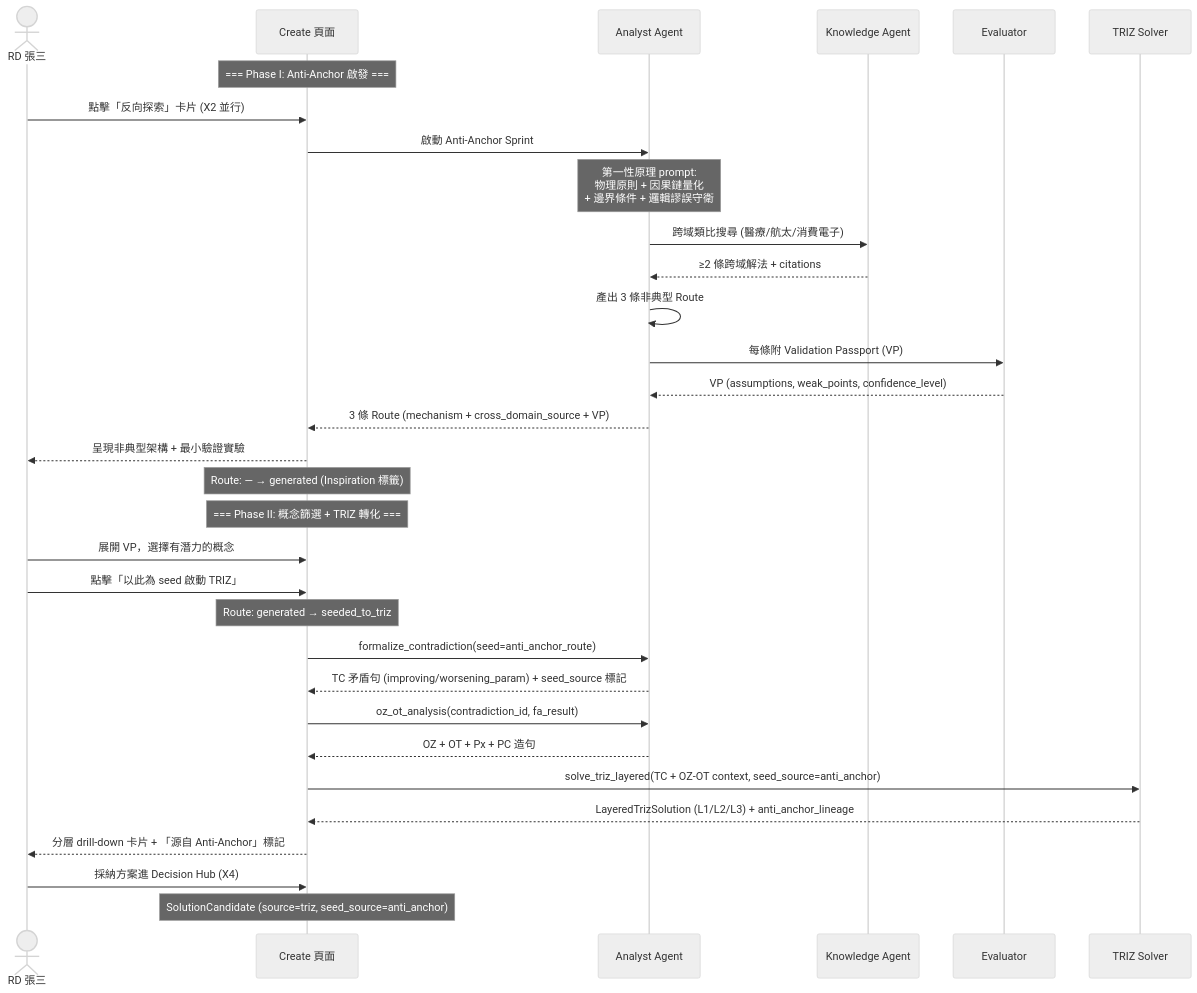
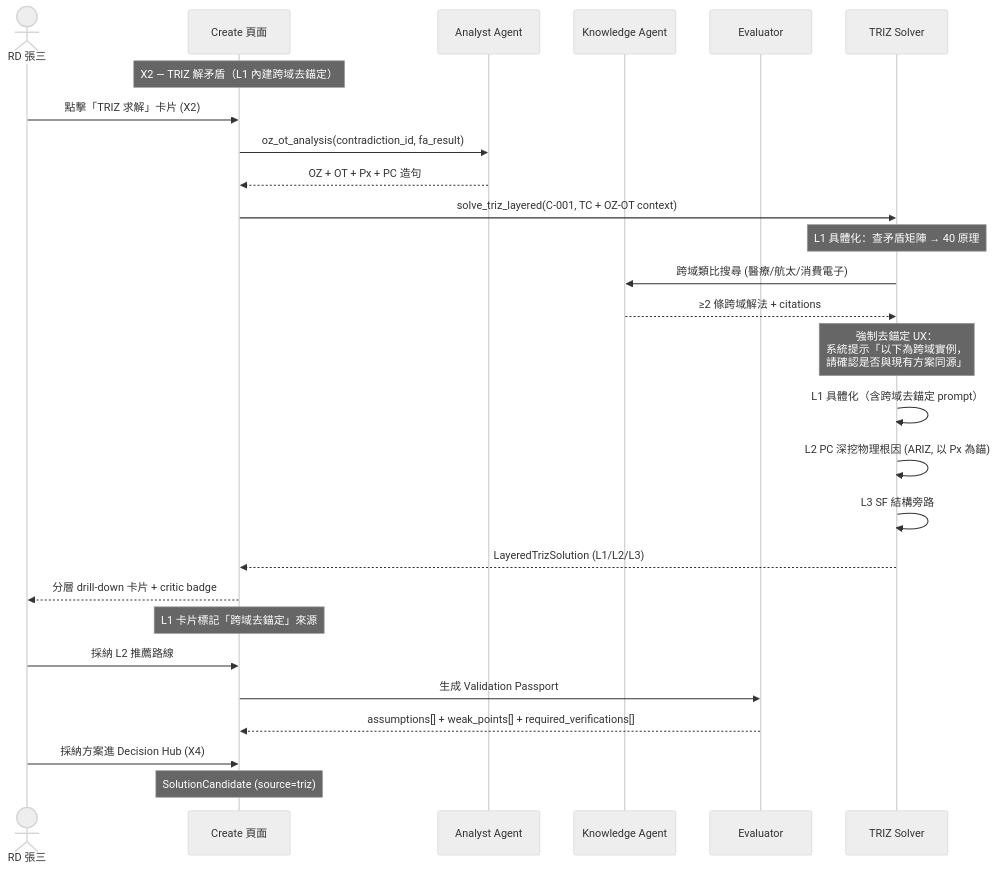
The third of 5 diagrams in docs/01-define/E3--system-interaction-flow.md (Zenobia0000/RD_copilot_system), drawn with Mermaid (neutral theme) before and after one commit. The commit also changed other lines of this file and 80 other files, not shown here.

````diff
--- a/docs/01-define/E3--system-interaction-flow.md
+++ b/docs/01-define/E3--system-interaction-flow.md
@@ -222,42 +220,35 @@
 ```mermaid
 sequenceDiagram
     actor RD as RD 張三
     participant UI as Create 頁面
     participant AA as Analyst Agent
     participant KB as Knowledge Agent
     participant EV as Evaluator
     participant TS as TRIZ Solver
 
-    Note over UI: === Phase I: Anti-Anchor 啟發 ===
-    RD->>UI: 點擊「反向探索」卡片 (X2 並行)
-    UI->>AA: 啟動 Anti-Anchor Sprint
-    Note over AA: 第一性原理 prompt:<br/>物理原則 + 因果鏈量化<br/>+ 邊界條件 + 邏輯謬誤守衛
+    Note over UI: X2 — TRIZ 解矛盾（L1 內建跨域去錨定）
 
-    AA->>KB: 跨域類比搜尋 (醫療/航太/消費電子)
-    KB-->>AA: ≥2 條跨域解法 + citations
-    AA->>AA: 產出 3 條非典型 Route
-    AA->>EV: 每條附 Validation Passport (VP)
-    EV-->>AA: VP (assumptions, weak_points, confidence_level)
-
-    AA-->>UI: 3 條 Route (mechanism + cross_domain_source + VP)
-    UI-->>RD: 呈現非典型架構 + 最小驗證實驗
-    Note over UI: Route: — → generated (Inspiration 標籤)
-
-    Note over UI: === Phase II: 概念篩選 + TRIZ 轉化 ===
-    RD->>UI: 展開 VP，選擇有潛力的概念
-    RD->>UI: 點擊「以此為 seed 啟動 TRIZ」
-    Note over UI: Route: generated → seeded_to_triz
-
-    UI->>AA: formalize_contradiction(seed=anti_anchor_route)
-    AA-->>UI: TC 矛盾句 (improving/worsening_param) + seed_source 標記
-
+    RD->>UI: 點擊「TRIZ 求解」卡片 (X2)
     UI->>AA: oz_ot_analysis(contradiction_id, fa_result)
     AA-->>UI: OZ + OT + Px + PC 造句
 
-    UI->>TS: solve_triz_layered(TC + OZ-OT context, seed_source=anti_anchor)
-    TS-->>UI: LayeredTrizSolution (L1/L2/L3) + anti_anchor_lineage
-    UI-->>RD: 分層 drill-down 卡片 + 「源自 Anti-Anchor」標記
+    UI->>TS: solve_triz_layered(C-001, TC + OZ-OT context)
+    Note over TS: L1 具體化：查矛盾矩陣 → 40 原理
+    TS->>KB: 跨域類比搜尋 (醫療/航太/消費電子)
+    KB-->>TS: ≥2 條跨域解法 + citations
+    Note over TS: 強制去錨定 UX：<br/>系統提示「以下為跨域實例，<br/>請確認是否與現有方案同源」
+    TS->>TS: L1 具體化（含跨域去錨定 prompt）
+    TS->>TS: L2 PC 深挖物理根因 (ARIZ, 以 Px 為錨)
+    TS->>TS: L3 SF 結構旁路
+
+    TS-->>UI: LayeredTrizSolution (L1/L2/L3)
+    UI-->>RD: 分層 drill-down 卡片 + critic badge
+    Note over UI: L1 卡片標記「跨域去錨定」來源
+
+    RD->>UI: 採納 L2 推薦路線
+    UI->>EV: 生成 Validation Passport
+    EV-->>UI: assumptions[] + weak_points[] + required_verifications[]
 
     RD->>UI: 採納方案進 Decision Hub (X4)
-    Note over UI: SolutionCandidate (source=triz, seed_source=anti_anchor)
+    Note over UI: SolutionCandidate (source=triz)
 ```
````
